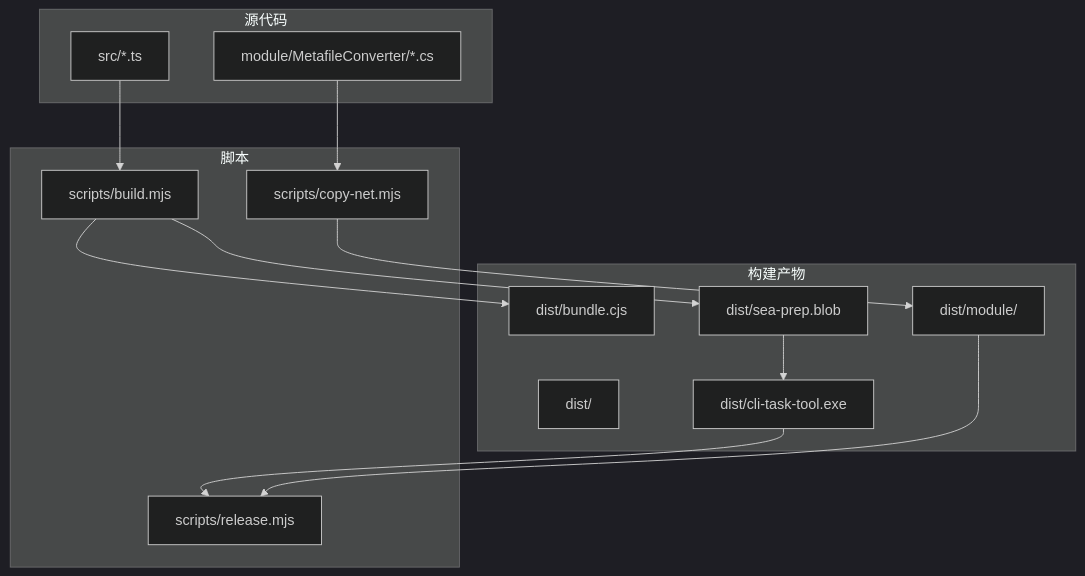
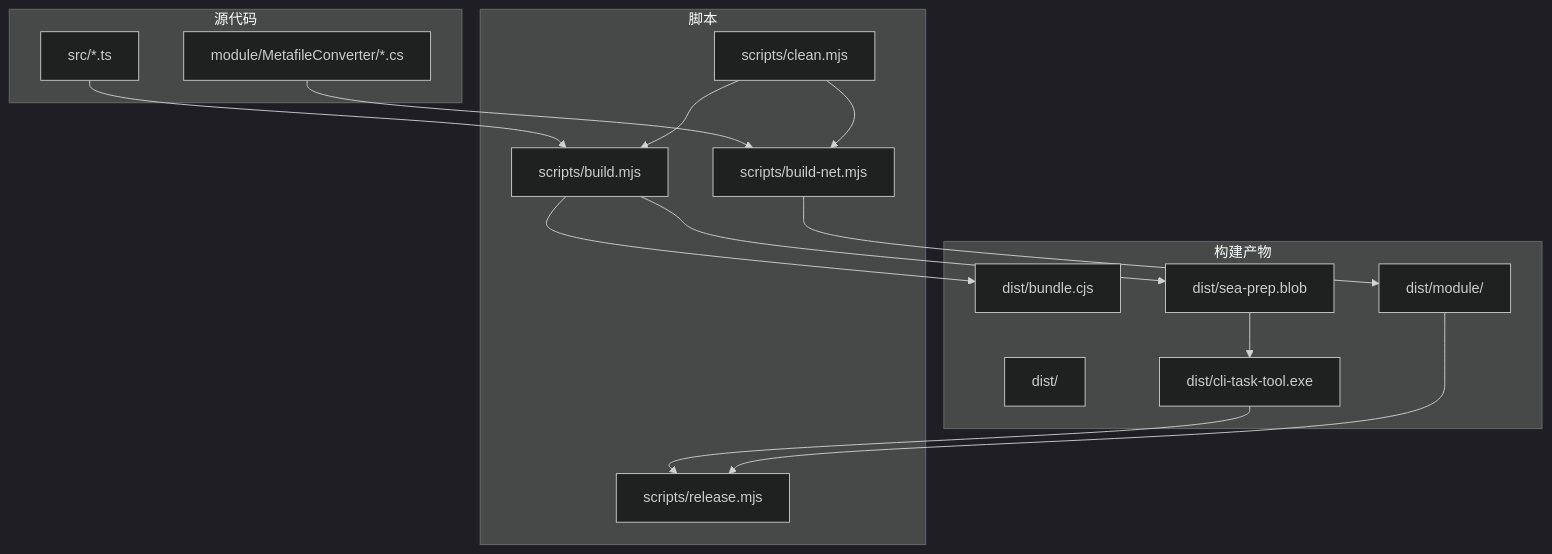
Before and after one commit to hllshiro/doc2md-cli: the first of 5 diagrams in .qoder/repowiki/zh/content/构建与部署.md, drawn with Mermaid (dark theme). The commit also changed other lines of this file and 3 other files, not shown here.

````diff
--- a/.qoder/repowiki/zh/content/构建与部署.md
+++ b/.qoder/repowiki/zh/content/构建与部署.md
@@ -58,27 +59,30 @@
 ```mermaid
 graph TB
 subgraph "源代码"
 TS["src/*.ts"]
 NET["module/MetafileConverter/*.cs"]
 end
 subgraph "构建产物"
 DIST["dist/"]
 EXE["dist/cli-task-tool.exe"]
 BUNDLE["dist/bundle.cjs"]
 SEA["dist/sea-prep.blob"]
 MOD["dist/module/"]
 end
 subgraph "脚本"
+CLEAN["scripts/clean.mjs"]
+BUILDNET["scripts/build-net.mjs"]
 BUILD["scripts/build.mjs"]
-COPYNET["scripts/copy-net.mjs"]
 RELEASE["scripts/release.mjs"]
 end
 TS --> BUILD
 BUILD --> BUNDLE
 BUILD --> SEA
 SEA --> EXE
-NET --> COPYNET
-COPYNET --> MOD
+NET --> BUILDNET
+BUILDNET --> MOD
 EXE --> RELEASE
 MOD --> RELEASE
+CLEAN --> BUILDNET
+CLEAN --> BUILD
 ```
````
